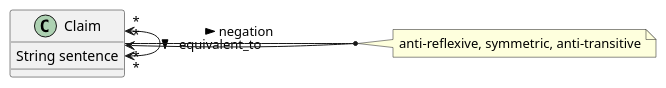
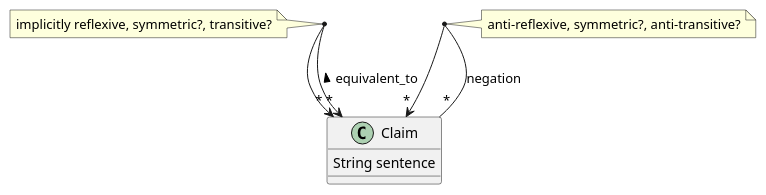
One commit to canonical-debate-lab/cd-domain-model changed the diagram in diagram/tim.puml. Above: the diagram before and after it, drawn with PlantUML.

Commit message:
comments on both sides

```diff
--- a/diagram/tim.puml
+++ b/diagram/tim.puml
@@ -1,18 +1,21 @@
 @startuml
 
 class Claim {
   String sentence
+  ' String negation_sentence  (must be != sentence)
 }
 
 Claim "*" <-> "*" Claim : > equivalent_to
+note  "implicitly reflexive, symmetric?, transitive?" as N2
+(Claim, Claim) .. N2
 
 '(Claim, Claim) . ClaimEquivalence
 'ClaimEquivalenceClass o-> "*" Claim
 
 'ClaimEquivalence "*" -> "*" ClaimEquivalence : > negation
 
 Claim "*" -> "*" Claim : > negation
-note  "anti-reflexive, symmetric, anti-transitive" as N1
+note  "anti-reflexive, symmetric?, anti-transitive?" as N1
 (Claim, Claim) .. N1
 
 @enduml
```
